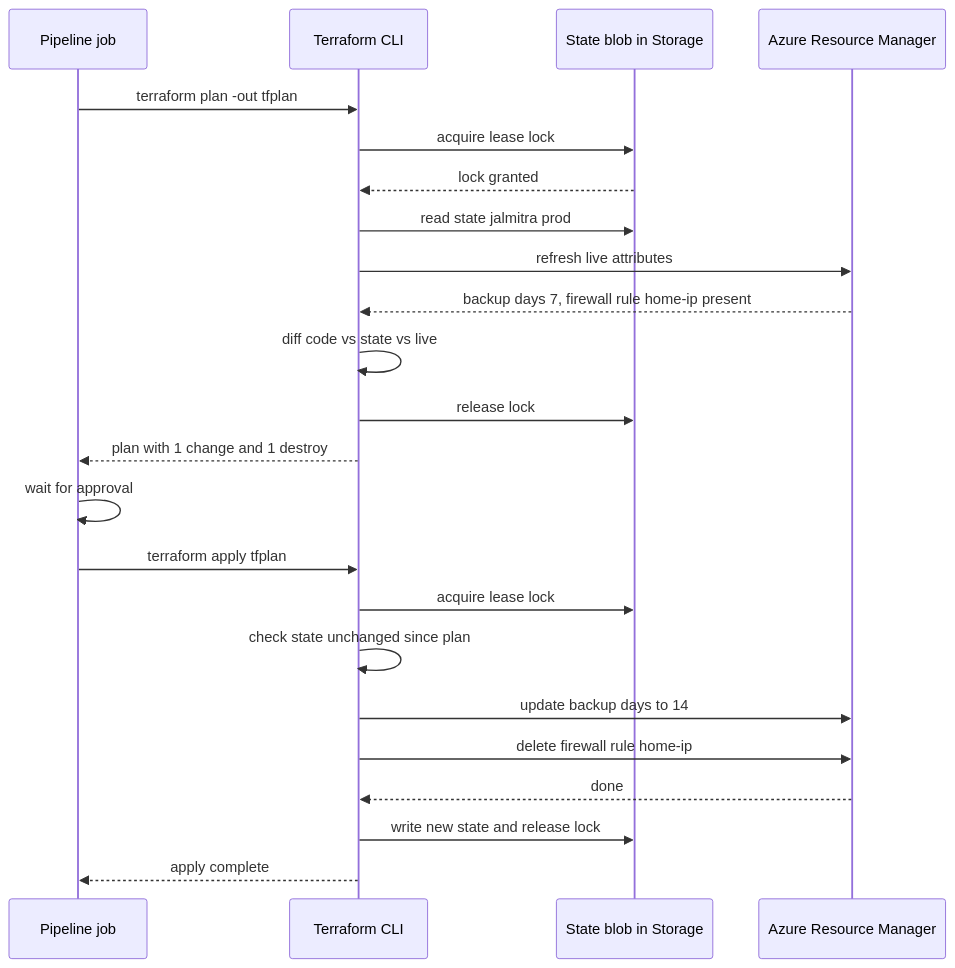
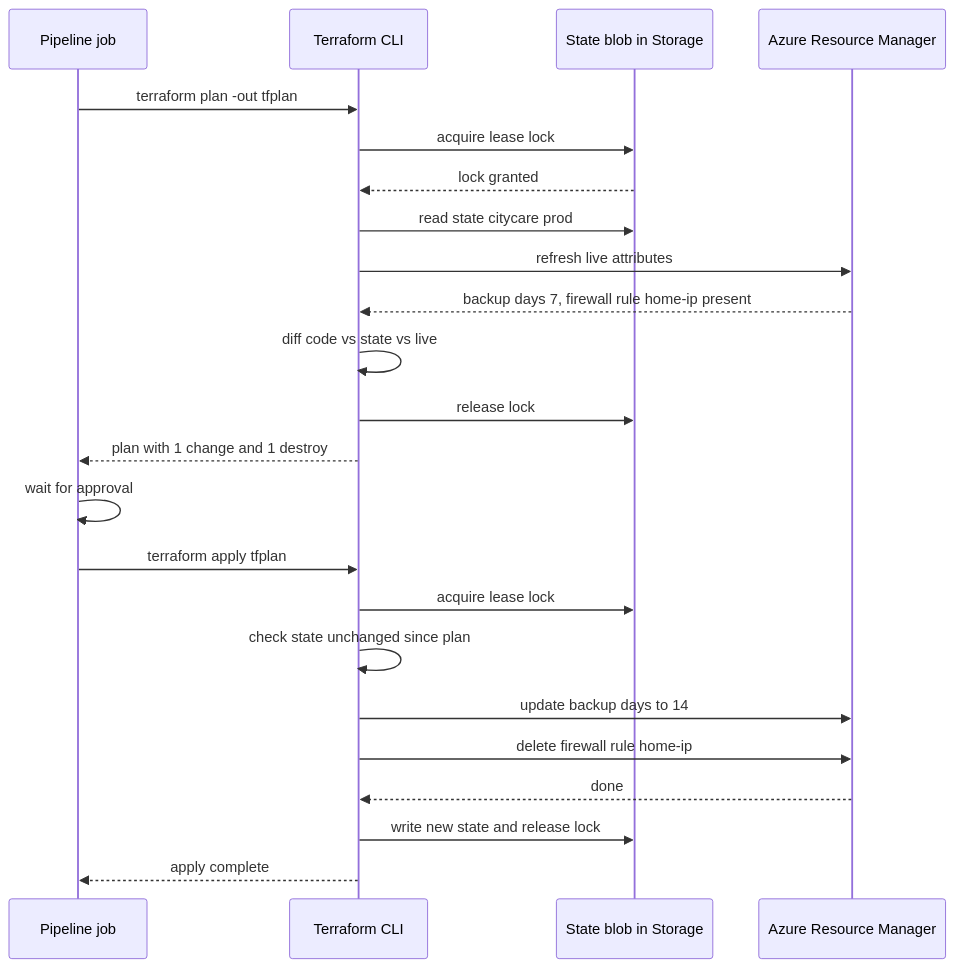
Before and after one commit to rizwi0786/system-design-lab: the second of 2 diagrams in content/lessons/m15/m15-iac.md, drawn with Mermaid. The commit also changed other lines of this file and 334 other files, not shown here.

````diff
--- a/content/lessons/m15/m15-iac.md
+++ b/content/lessons/m15/m15-iac.md
@@ -260,25 +261,25 @@
 ```mermaid
 sequenceDiagram
     participant P as Pipeline job
     participant TF as Terraform CLI
     participant S as State blob in Storage
     participant AZ as Azure Resource Manager
     P->>TF: terraform plan -out tfplan
     TF->>S: acquire lease lock
     S-->>TF: lock granted
-    TF->>S: read state jalmitra prod
+    TF->>S: read state citycare prod
     TF->>AZ: refresh live attributes
     AZ-->>TF: backup days 7, firewall rule home-ip present
     TF->>TF: diff code vs state vs live
     TF->>S: release lock
     TF-->>P: plan with 1 change and 1 destroy
     P->>P: wait for approval
     P->>TF: terraform apply tfplan
     TF->>S: acquire lease lock
     TF->>TF: check state unchanged since plan
     TF->>AZ: update backup days to 14
     TF->>AZ: delete firewall rule home-ip
     AZ-->>TF: done
     TF->>S: write new state and release lock
     TF-->>P: apply complete
 ```
````
